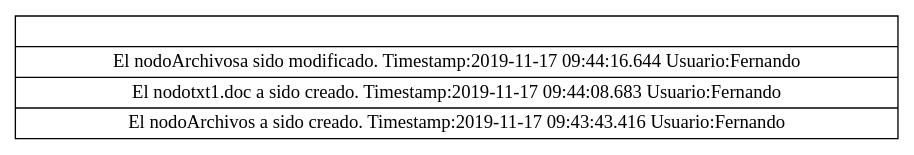
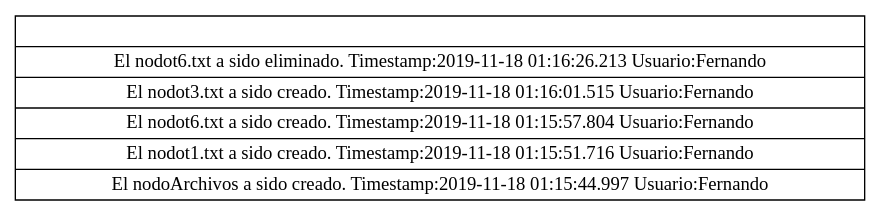
One commit to deathstroke021/EDD_2S2019_PY2_201503961 changed the diagram in PruebaVentanas/stack.dot. Above: the diagram before and after it, drawn with Graphviz. The commit also changed 86 other files, not shown here.

```diff
--- a/PruebaVentanas/stack.dot
+++ b/PruebaVentanas/stack.dot
@@ -1,5 +1,5 @@
 digraph firsGraph{
 node [shape=record];
 rankdir=LR;
-nodoe_A [shape=record    label="|El nodoArchivosa sido modificado. Timestamp:2019-11-17 09:44:16.644 Usuario:Fernando|El nodotxt1.doc a sido creado. Timestamp:2019-11-17 09:44:08.683 Usuario:Fernando|El nodoArchivos a sido creado. Timestamp:2019-11-17 09:43:43.416 Usuario:Fernando"];
+nodoe_A [shape=record    label="|El nodot6.txt a sido eliminado. Timestamp:2019-11-18 01:16:26.213 Usuario:Fernando|El nodot3.txt a sido creado. Timestamp:2019-11-18 01:16:01.515 Usuario:Fernando|El nodot6.txt a sido creado. Timestamp:2019-11-18 01:15:57.804 Usuario:Fernando|El nodot1.txt a sido creado. Timestamp:2019-11-18 01:15:51.716 Usuario:Fernando|El nodoArchivos a sido creado. Timestamp:2019-11-18 01:15:44.997 Usuario:Fernando"];
 }
```
